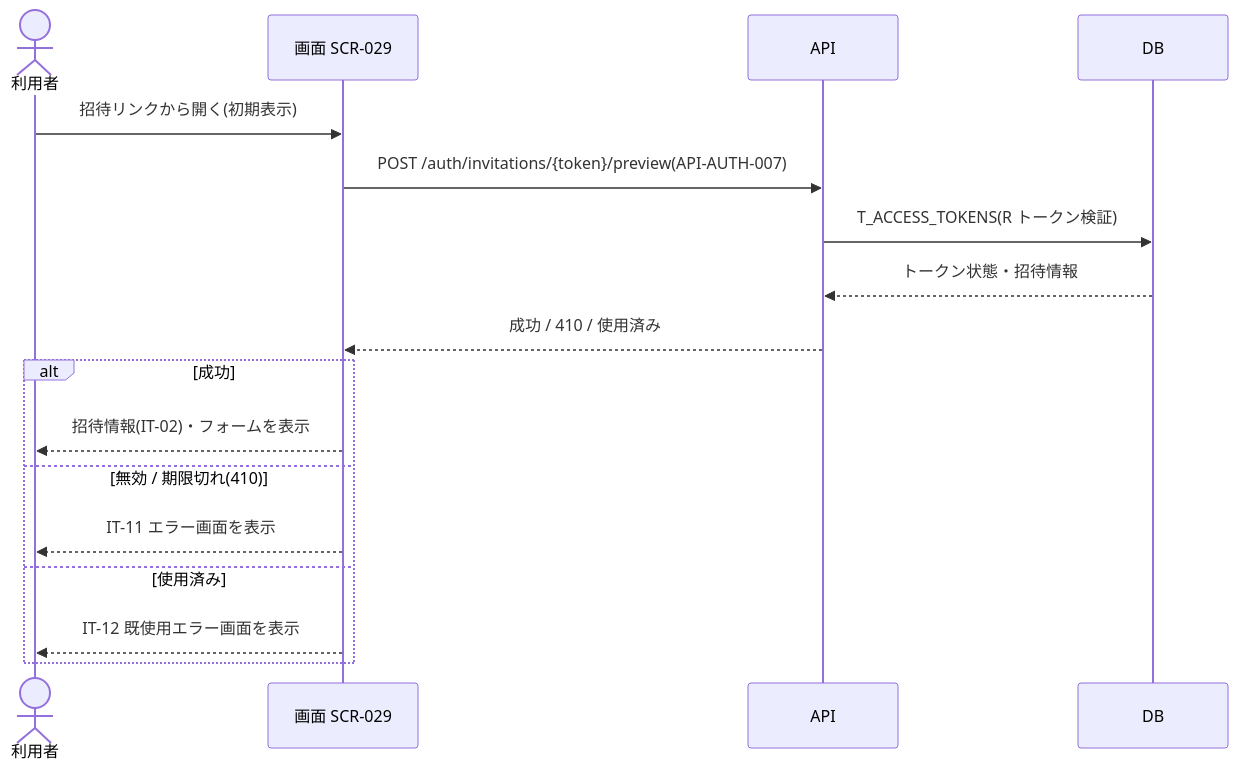
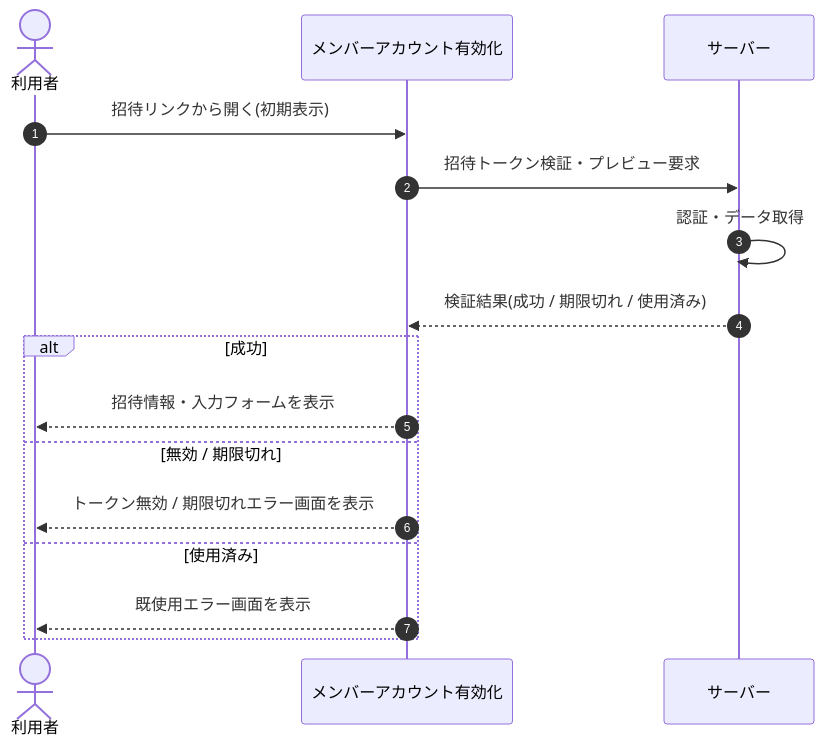
Before and after one commit to sikakou54/open-faq: the diagram in 02_basic_design/05_sequences/SEQ-073.md, drawn with Mermaid. The commit also changed other lines of this file and 108 other files, not shown here.

First line of the commit message:
基本設計: シーケンス図を基本設計粒度(ユーザー/画面/サーバー)へ再編成

````diff
--- a/02_basic_design/05_sequences/SEQ-073.md
+++ b/02_basic_design/05_sequences/SEQ-073.md
@@ -25,19 +32,18 @@
 ```mermaid
 sequenceDiagram
+  autonumber
   actor U as 利用者
-  participant S as 画面 SCR-029
-  participant API as API
-  participant DB as DB
-  U->>S: 招待リンクから開く(初期表示)
-  S->>API: POST /auth/invitations/{token}/preview(API-AUTH-007)
-  API->>DB: T_ACCESS_TOKENS(R トークン検証)
-  DB-->>API: トークン状態・招待情報
-  API-->>S: 成功 / 410 / 使用済み
+  participant Screen as メンバーアカウント有効化
+  participant Server as サーバー
+  U->>Screen: 招待リンクから開く(初期表示)
+  Screen->>Server: 招待トークン検証・プレビュー要求
+  Server->>Server: 認証・データ取得
+  Server-->>Screen: 検証結果(成功 / 期限切れ / 使用済み)
   alt 成功
-    S-->>U: 招待情報(IT-02)・フォームを表示
-  else 無効 / 期限切れ(410)
-    S-->>U: IT-11 エラー画面を表示
+    Screen-->>U: 招待情報・入力フォームを表示
+  else 無効 / 期限切れ
+    Screen-->>U: トークン無効 / 期限切れエラー画面を表示
   else 使用済み
-    S-->>U: IT-12 既使用エラー画面を表示
+    Screen-->>U: 既使用エラー画面を表示
   end
 ```
````
